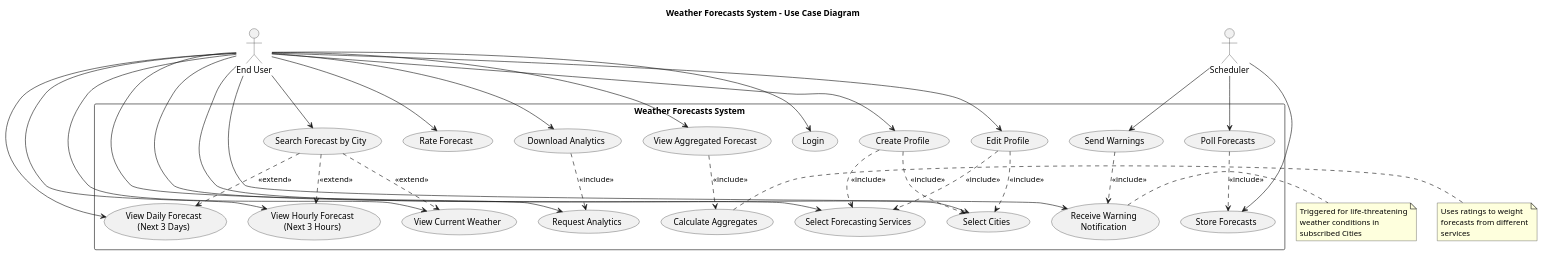
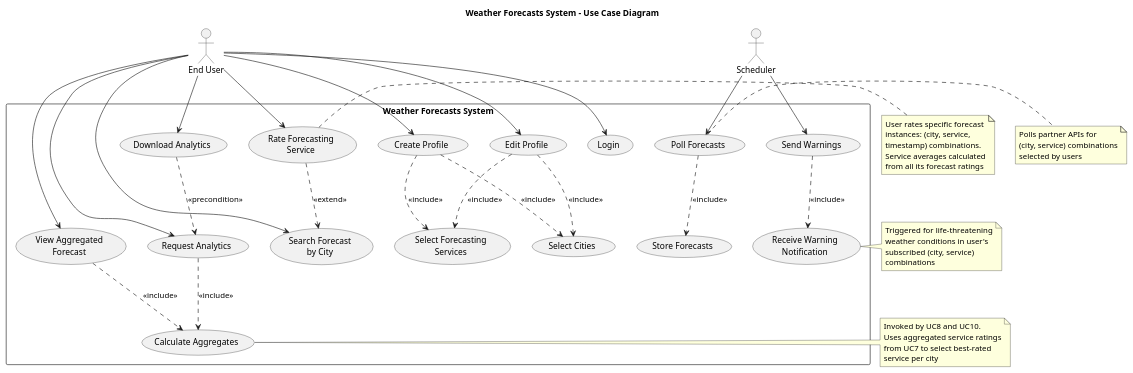
The diagram in requirements/usecase_diagram.puml (ManosMorf97/Weather-Forecasts-AI-Remastered), drawn with PlantUML before and after one commit. The commit also changed 53 other files, not shown here.

```diff
--- a/requirements/usecase_diagram.puml
+++ b/requirements/usecase_diagram.puml
@@ -1,93 +1,99 @@
 @startuml Weather_Forecasts_UseCase_Diagram
 
 title Weather Forecasts System - Use Case Diagram
 
 ' Actors
 actor "End User" as User
 actor "Scheduler" as Scheduler
 
 ' System boundary
 rectangle "Weather Forecasts System" {
     
     ' User Management
     usecase "Login" as UC1
     usecase "Create Profile" as UC2
     usecase "Edit Profile" as UC3
     
     ' Service and City Selection
     usecase "Select Cities" as UC4
-    usecase "Select Forecasting Services" as UC5
+    usecase "Select Forecasting\nServices" as UC5
     
     ' Forecast Operations
-    usecase "Search Forecast by City" as UC6
-    usecase "View Current Weather" as UC7
-    usecase "View Hourly Forecast\n(Next 3 Hours)" as UC8
-    usecase "View Daily Forecast\n(Next 3 Days)" as UC9
+    usecase "Search Forecast\nby City" as UC6
+    usecase "Rate Forecasting\nService" as UC7
     
-    ' Rating and Analytics
-    usecase "Rate Forecast" as UC10
-    usecase "Request Analytics" as UC11
-    usecase "Download Analytics" as UC12
-    usecase "View Aggregated Forecast" as UC13
+    ' Analytics
+    usecase "Request Analytics" as UC8
+    usecase "Download Analytics" as UC9
+    usecase "View Aggregated\nForecast" as UC10
     
-    ' Alerts
-    usecase "Receive Warning\nNotification" as UC14
+    ' Notifications
+    usecase "Receive Warning\nNotification" as UC11
     
-    ' System Operations
-    usecase "Poll Forecasts" as UC15
-    usecase "Store Forecasts" as UC16
-    usecase "Send Warnings" as UC17
-    usecase "Calculate Aggregates" as UC18
+    ' System Operations (Scheduler)
+    usecase "Poll Forecasts" as UC12
+    usecase "Store Forecasts" as UC13
+    usecase "Send Warnings" as UC14
+    
+    ' Calculation (invoked by UC8 and UC10)
+    usecase "Calculate Aggregates" as UC15
 }
 
-' User relationships
+' End User relationships
 User --> UC1
 User --> UC2
 User --> UC3
-User --> UC4
-User --> UC5
 User --> UC6
 User --> UC7
 User --> UC8
 User --> UC9
 User --> UC10
-User --> UC11
-User --> UC12
-User --> UC13
-User --> UC14
 
 ' Scheduler relationships
-Scheduler --> UC15
-Scheduler --> UC16
-Scheduler --> UC17
+Scheduler --> UC12
+Scheduler --> UC14
 
 ' Use case dependencies
 UC2 ..> UC4 : <<include>>
 UC2 ..> UC5 : <<include>>
 UC3 ..> UC4 : <<include>>
 UC3 ..> UC5 : <<include>>
 
-UC6 ..> UC7 : <<extend>>
-UC6 ..> UC8 : <<extend>>
-UC6 ..> UC9 : <<extend>>
+UC7 ..> UC6 : <<extend>>
+UC8 ..> UC15 : <<include>>
+UC9 ..> UC8 : <<precondition>>
+UC10 ..> UC15 : <<include>>
 
-UC12 ..> UC11 : <<include>>
-UC13 ..> UC18 : <<include>>
-
-UC17 ..> UC14 : <<include>>
-UC15 ..> UC16 : <<include>>
+UC12 ..> UC13 : <<include>>
+UC14 ..> UC11 : <<include>>
 
 ' Notes
-note right of UC14
-  Triggered for life-threatening
-  weather conditions in
-  subscribed Cities
+note right of UC7
+  User rates specific forecast
+  instances: (city, service, 
+  timestamp) combinations.
+  Service averages calculated
+  from all its forecast ratings
 end note
 
-note right of UC18
-  Uses ratings to weight
-  forecasts from different
-  services
+note right of UC11
+  Triggered for life-threatening
+  weather conditions in user's
+  subscribed (city, service)
+  combinations
+end note
+
+note right of UC15
+  Invoked by UC8 and UC10.
+  Uses aggregated service ratings
+  from UC7 to select best-rated
+  service per city
+end note
+
+note right of UC12
+  Polls partner APIs for
+  (city, service) combinations
+  selected by users
 end note
 
 @enduml
```
